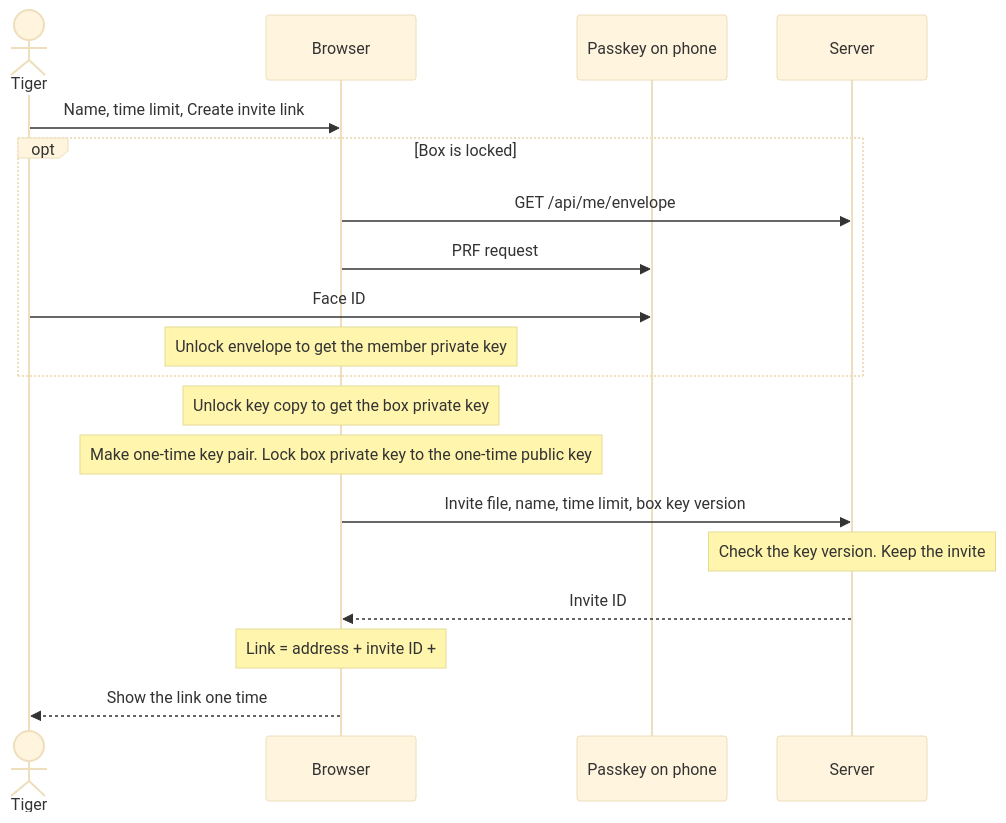
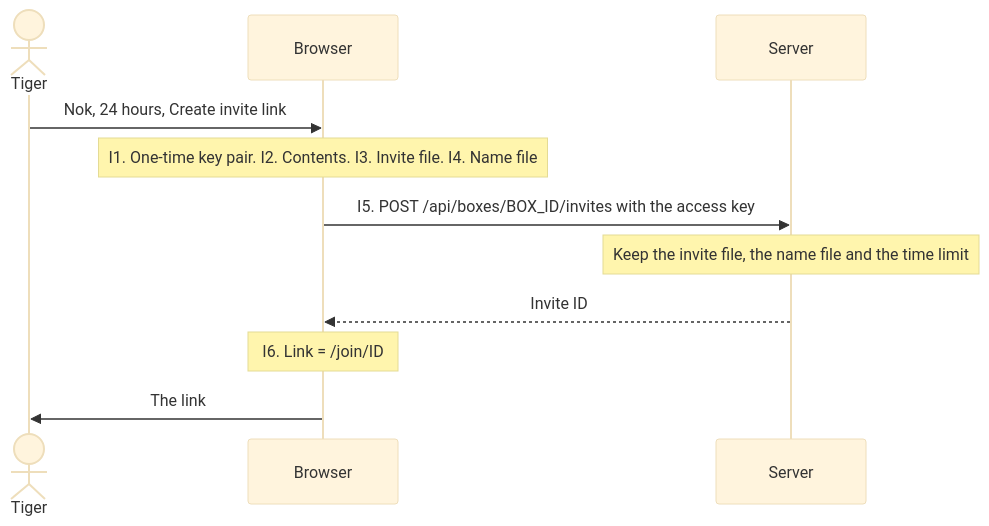
One commit to intaniger/secretbox changed the first of 2 diagrams in docs/04-create-invite.md. Above: the diagram before and after it, drawn with Mermaid (base theme). The commit also changed other lines of this file and 30 other files, not shown here.

First line of the commit message:
No accounts: one passkey per box, four tables

````diff
--- a/docs/04-create-invite.md
+++ b/docs/04-create-invite.md
@@ -36,21 +30,13 @@
 ```mermaid
 sequenceDiagram
   actor T as Tiger
   participant B as Browser
-  participant P as Passkey on phone
   participant S as Server
-  T->>B: Name, time limit, Create invite link
-  opt Box is locked
-    B->>S: GET /api/me/envelope
-    B->>P: PRF request
-    T->>P: Face ID
-    Note over B: Unlock envelope to get the member private key
-  end
-  Note over B: Unlock key copy to get the box private key
-  Note over B: Make one-time key pair. Lock box private key to the one-time public key
-  B->>S: Invite file, name, time limit, box key version
-  Note over S: Check the key version. Keep the invite
+  T->>B: Nok, 24 hours, Create invite link
+  Note over B: I1. One-time key pair. I2. Contents. I3. Invite file. I4. Name file
+  B->>S: I5. POST /api/boxes/BOX_ID/invites with the access key
+  Note over S: Keep the invite file, the name file and the time limit
   S-->>B: Invite ID
-  Note over B: Link = address + invite ID + # + one-time private key
-  B-->>T: Show the link one time
+  Note over B: I6. Link = /join/ID#one-time private key
+  B->>T: The link
 ```
````
